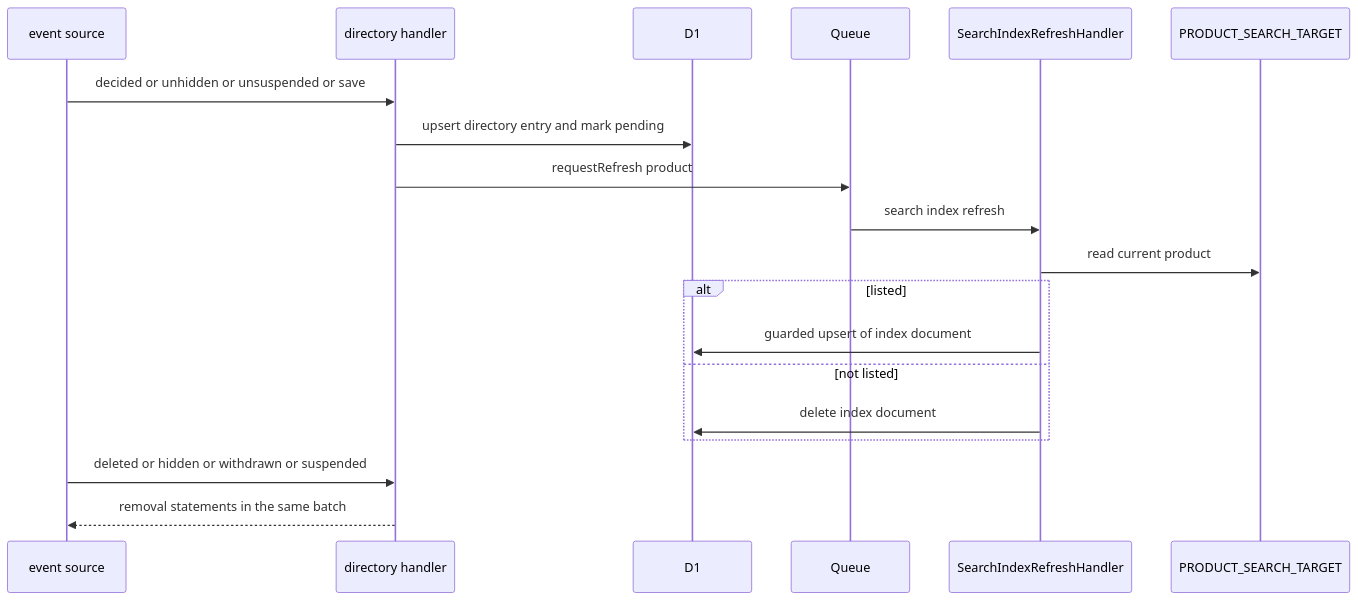
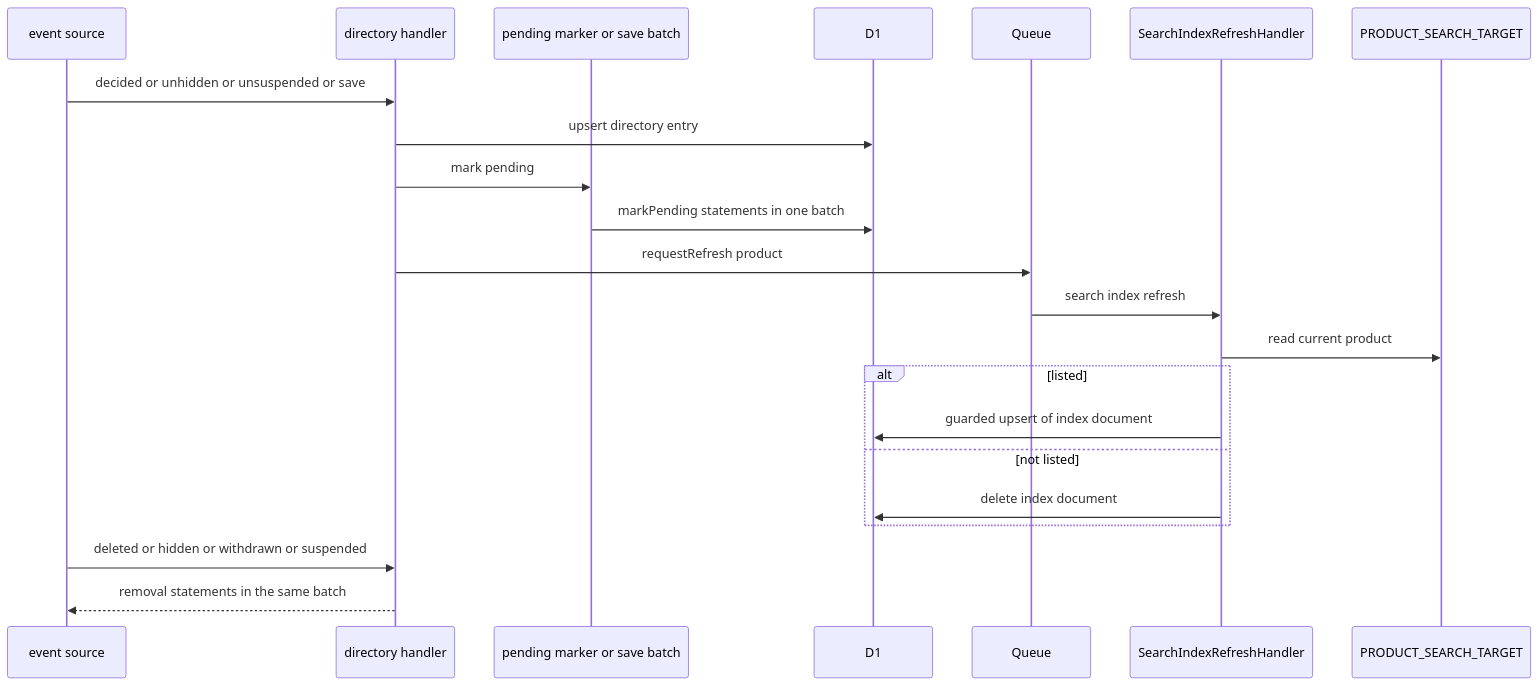
One commit to kurachiweb/genai-example-2-launch-platform changed the fourth of 5 diagrams in .kiro/specs/directory-discovery/design.md. Above: the diagram before and after it, drawn with Mermaid. The commit also changed other lines of this file and 3 other files, not shown here.

````diff
--- a/.kiro/specs/directory-discovery/design.md
+++ b/.kiro/specs/directory-discovery/design.md
@@ -362,21 +368,24 @@
 ```mermaid
 sequenceDiagram
     participant E as event source
     participant H as directory handler
+    participant W as pending marker or save batch
     participant D as D1
     participant Q as Queue
     participant X as SearchIndexRefreshHandler
     participant T as PRODUCT_SEARCH_TARGET
     E->>H: decided or unhidden or unsuspended or save
-    H->>D: upsert directory entry and mark pending
+    H->>D: upsert directory entry
+    H->>W: mark pending
+    W->>D: markPending statements in one batch
     H->>Q: requestRefresh product
     Q->>X: search index refresh
     X->>T: read current product
     alt listed
         X->>D: guarded upsert of index document
     else not listed
         X->>D: delete index document
     end
     E->>H: deleted or hidden or withdrawn or suspended
     H-->>E: removal statements in the same batch
 ```
````
